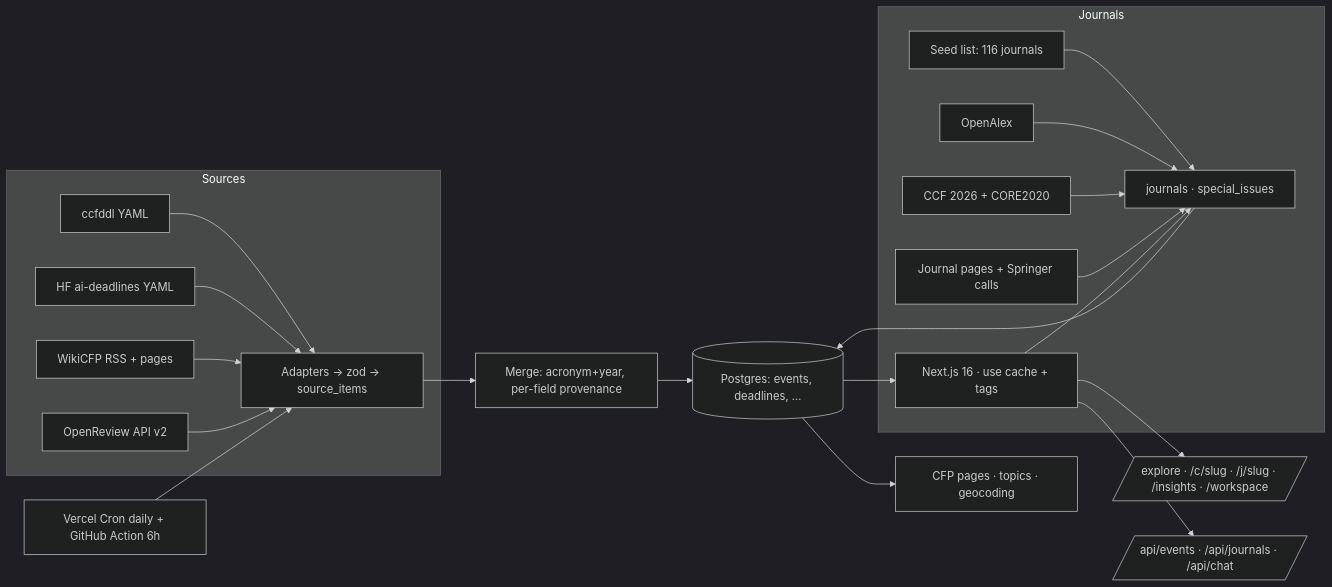
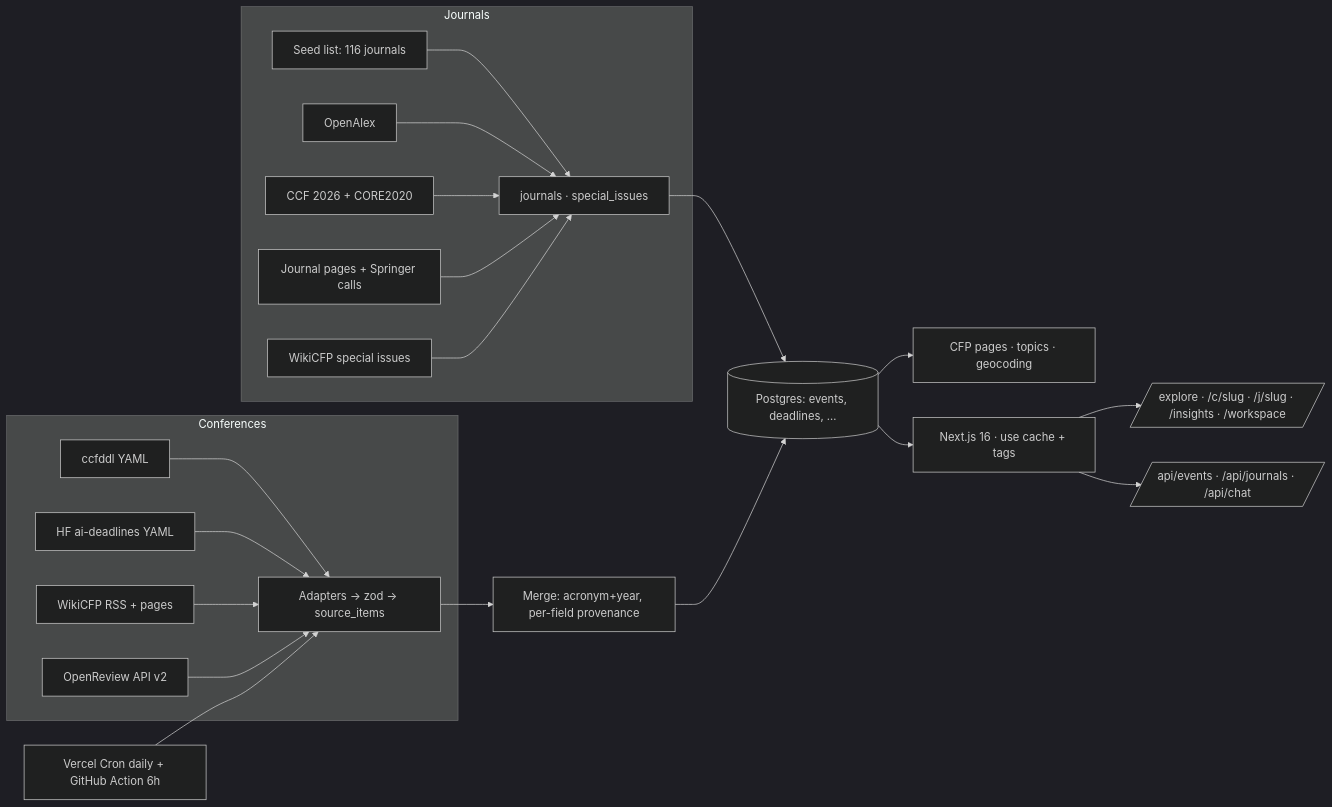
One commit to Xenomorph27/Findress changed the diagram in README.md. Above: the diagram before and after it, drawn with Mermaid (dark theme). The commit also changed other lines of this file and 25 other files, not shown here.

````diff
--- a/README.md
+++ b/README.md
@@ -15,24 +95,24 @@
 ```mermaid
 flowchart LR
-  subgraph Sources
+  subgraph Conferences
     A[ccfddl YAML] --> I
     B[HF ai-deadlines YAML] --> I
     C[WikiCFP RSS + pages] --> I
     D[OpenReview API v2] --> I
   end
   subgraph Journals
     S[Seed list: 116 journals] --> JN
     OA[OpenAlex] --> JN
     R[CCF 2026 + CORE2020] --> JN
     P[Journal pages + Springer calls] --> JN
     W[WikiCFP special issues] --> JN
   end
   JN[journals · special_issues] --> E
   I[Adapters → zod → source_items] --> M[Merge: acronym+year, per-field provenance]
   M --> E[(Postgres: events, deadlines, …)]
   E --> F[CFP pages · topics · geocoding]
-  E --> W[Next.js 16 · use cache + tags]
-  W --> UI[/explore · /c/slug · /j/slug · /insights · /workspace/]
-  W --> API[/api/events · /api/journals · /api/chat/]
+  E --> X[Next.js 16 · use cache + tags]
+  X --> UI[/explore · /c/slug · /j/slug · /insights · /workspace/]
+  X --> API[/api/events · /api/journals · /api/chat/]
   Cron[Vercel Cron daily + GitHub Action 6h] --> I
 ```
````
